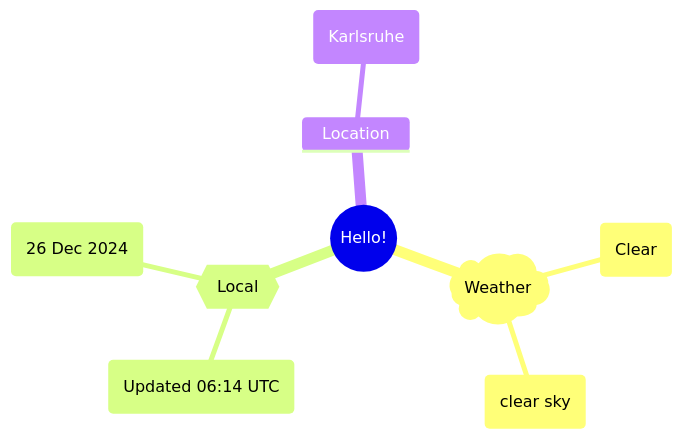
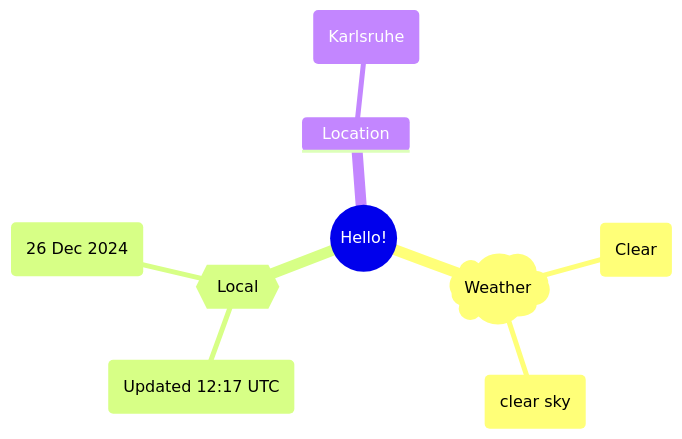
The first of 2 diagrams in README.md (Xosrov/Xosrov), drawn with Mermaid before and after one commit.

Commit message:
[bot] updated images

````diff
--- a/README.md
+++ b/README.md
@@ -3,12 +3,12 @@
 ```mermaid
 mindmap
   root((Hello!))
     )Weather(
         (Clear)
         (clear sky)
     {{Local}}
-        (Updated 06:14 UTC)
+        (Updated 12:17 UTC)
         (26 Dec 2024)
     Location
         (Karlsruhe)
 ```
````
